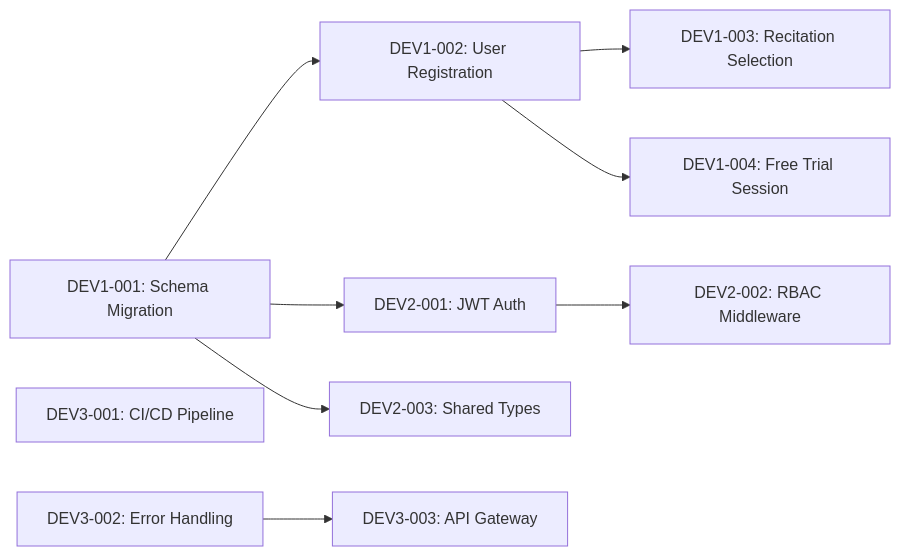
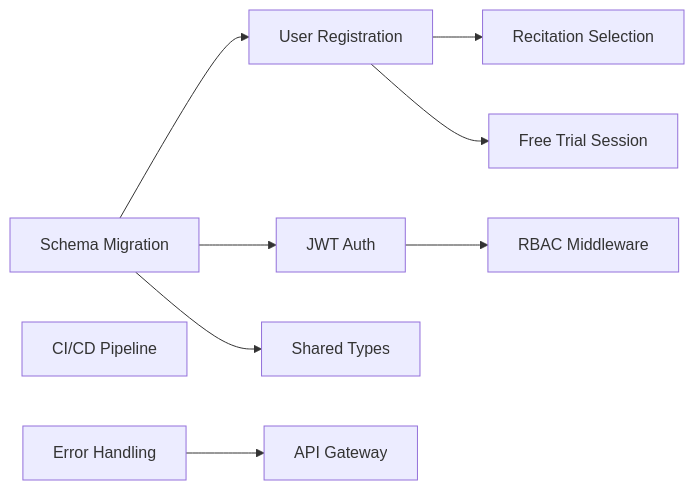
Before and after one commit to kottaby/kottaby: the first of 5 diagrams in docs/planning/SPRINT_PLAN.md, drawn with Mermaid. The commit also changed other lines of this file and 297 other files, not shown here.

````diff
--- a/docs/planning/SPRINT_PLAN.md
+++ b/docs/planning/SPRINT_PLAN.md
@@ -60,11 +60,11 @@
 ```mermaid
 graph LR
-    DEV1_001[DEV1-001: Schema Migration] --> DEV1_002[DEV1-002: User Registration]
-    DEV1_001 --> DEV2_001[DEV2-001: JWT Auth]
-    DEV1_001 --> DEV2_003[DEV2-003: Shared Types]
-    DEV1_002 --> DEV1_003[DEV1-003: Recitation Selection]
-    DEV1_002 --> DEV1_004[DEV1-004: Free Trial Session]
-    DEV2_001 --> DEV2_002[DEV2-002: RBAC Middleware]
-    DEV3_001[DEV3-001: CI/CD Pipeline]
-    DEV3_002[DEV3-002: Error Handling] --> DEV3_003[DEV3-003: API Gateway]
+    DEV1_001[Schema Migration] --> DEV1_002[User Registration]
+    DEV1_001 --> DEV2_001[JWT Auth]
+    DEV1_001 --> DEV2_003[Shared Types]
+    DEV1_002 --> DEV1_003[Recitation Selection]
+    DEV1_002 --> DEV1_004[Free Trial Session]
+    DEV2_001 --> DEV2_002[RBAC Middleware]
+    DEV3_001[CI/CD Pipeline]
+    DEV3_002[Error Handling] --> DEV3_003[API Gateway]
 ```
````
